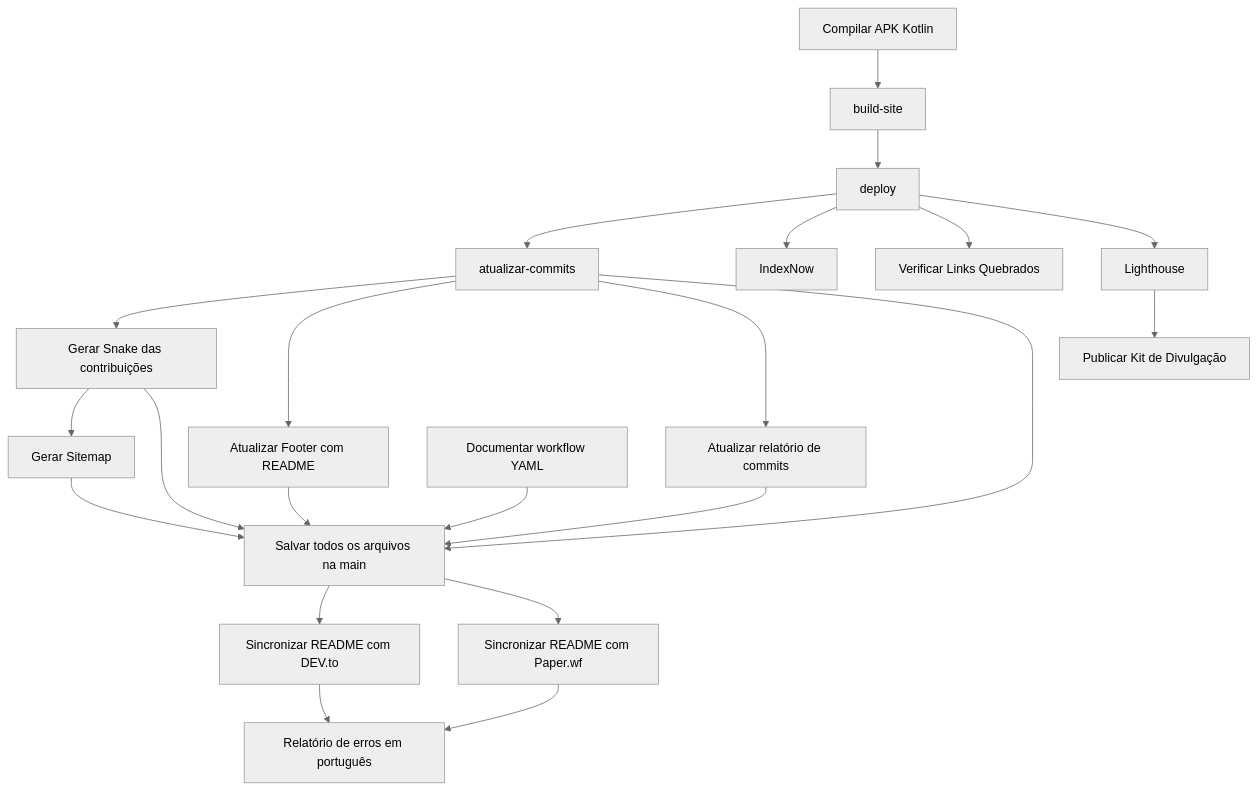
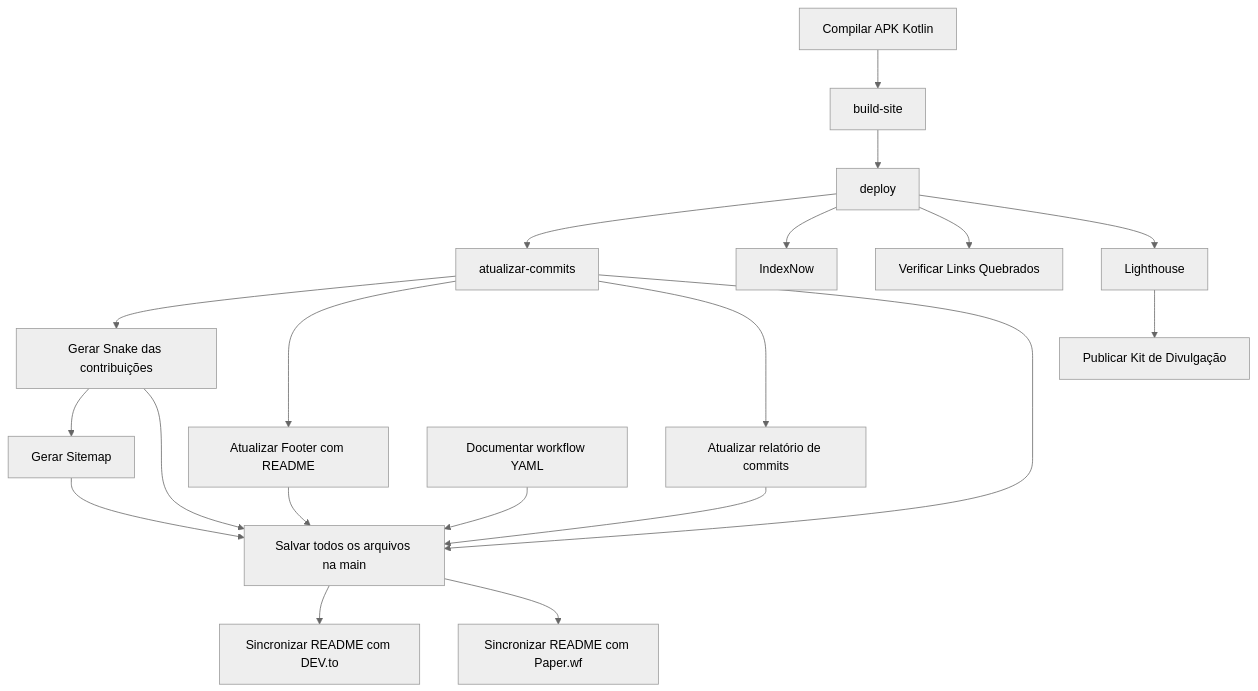
The diagram in pesquisas/workflow.md (mulher-amparada/mulher-amparada-app), drawn with Mermaid (neutral theme) before and after one commit. The commit also changed other lines of this file and 36 other files, not shown here.

````diff
--- a/pesquisas/workflow.md
+++ b/pesquisas/workflow.md
@@ -34,41 +33,38 @@
 ```mermaid
 flowchart TD
     job_build["Compilar APK Kotlin"]
     job_build_site["build-site"]
     job_deploy["deploy"]
     job_atualizar_commits["atualizar-commits"]
     job_sincronizar_devto["Sincronizar README com DEV.to"]
     job_sincronizar_paperwf["Sincronizar README com Paper.wf"]
     job_sitemap["Gerar Sitemap"]
     job_indexnow["IndexNow"]
     job_broken_links["Verificar Links Quebrados"]
     job_lighthouse["Lighthouse"]
     job_snake["Gerar Snake das contribuições"]
     job_publicar_divulgacao["Publicar Kit de Divulgação"]
     job_atualizar_footer["Atualizar Footer com README"]
     job_atualizar_relatorio_commits["Atualizar relatório de commits"]
     job_pesquisar_projeto["Documentar workflow YAML"]
     job_salvar_na_main["Salvar todos os arquivos na main"]
-    job_relatorio_erros["Relatório de erros em português"]
     job_build --> job_build_site
     job_build_site --> job_deploy
     job_deploy --> job_atualizar_commits
     job_salvar_na_main --> job_sincronizar_devto
     job_salvar_na_main --> job_sincronizar_paperwf
     job_snake --> job_sitemap
     job_deploy --> job_indexnow
     job_deploy --> job_broken_links
     job_deploy --> job_lighthouse
     job_atualizar_commits --> job_snake
     job_lighthouse --> job_publicar_divulgacao
     job_atualizar_commits --> job_atualizar_footer
     job_atualizar_commits --> job_atualizar_relatorio_commits
     job_atualizar_commits --> job_salvar_na_main
     job_snake --> job_salvar_na_main
     job_sitemap --> job_salvar_na_main
     job_atualizar_footer --> job_salvar_na_main
     job_atualizar_relatorio_commits --> job_salvar_na_main
     job_pesquisar_projeto --> job_salvar_na_main
-    job_sincronizar_paperwf --> job_relatorio_erros
-    job_sincronizar_devto --> job_relatorio_erros
 ```
````
